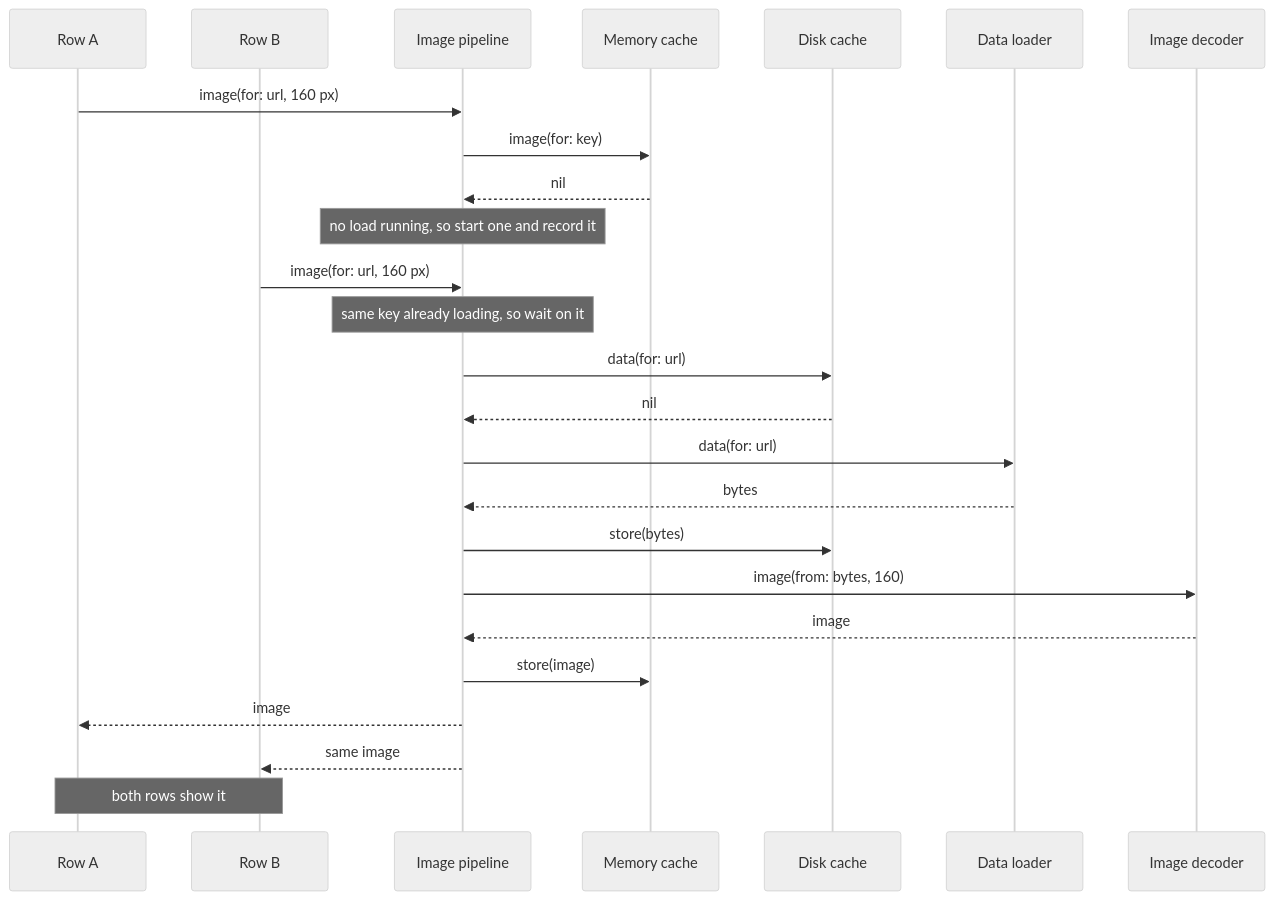
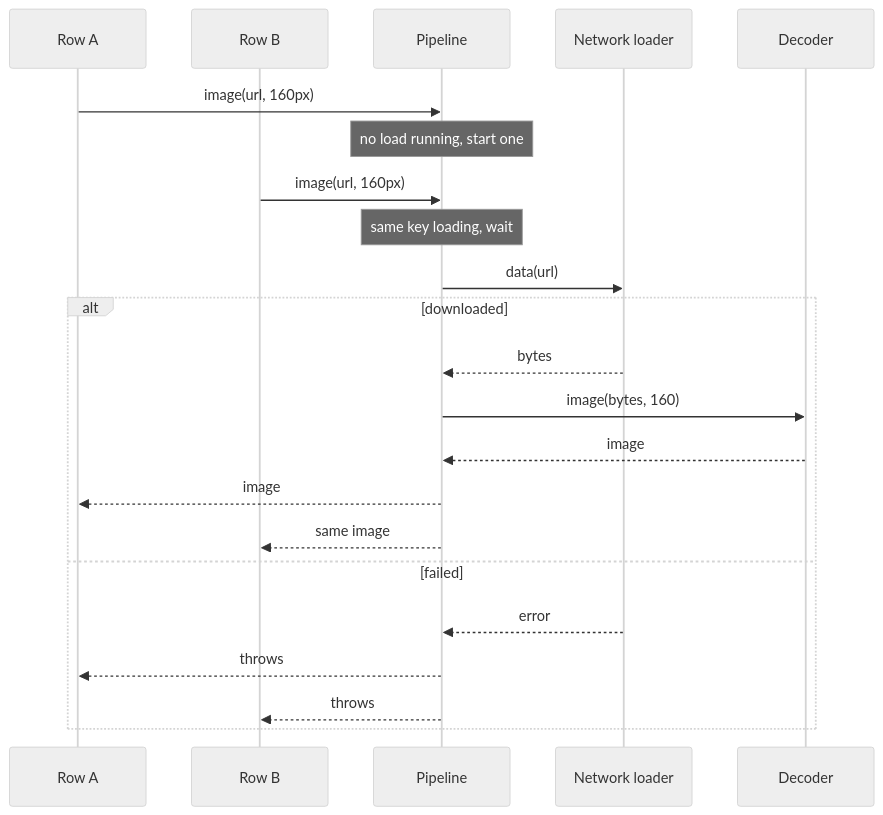
Before and after one commit to rezabina86/reference-desk: the second of 3 diagrams in topics/system-design/01-image-loading-and-caching-library.md, drawn with Mermaid (neutral theme). The commit also changed other lines of this file and 5 other files, not shown here.

````diff
--- a/topics/system-design/01-image-loading-and-caching-library.md
+++ b/topics/system-design/01-image-loading-and-caching-library.md
@@ -394,27 +306,24 @@
 ```mermaid
 sequenceDiagram
   participant A as Row A
   participant B as Row B
-  participant P as Image pipeline
-  participant M as Memory cache
-  participant D as Disk cache
-  participant L as Data loader
-  participant X as Image decoder
-  A->>P: image(for: url, 160 px)
-  P->>M: image(for: key)
-  M-->>P: nil
-  Note over P: no load running, so start one and record it
-  B->>P: image(for: url, 160 px)
-  Note over P: same key already loading, so wait on it
-  P->>D: data(for: url)
-  D-->>P: nil
-  P->>L: data(for: url)
-  L-->>P: bytes
-  P->>D: store(bytes)
-  P->>X: image(from: bytes, 160)
-  X-->>P: image
-  P->>M: store(image)
-  P-->>A: image
-  P-->>B: same image
-  Note over A,B: both rows show it
+  participant P as Pipeline
+  participant L as Network loader
+  participant X as Decoder
+  A->>P: image(url, 160px)
+  Note over P: no load running, start one
+  B->>P: image(url, 160px)
+  Note over P: same key loading, wait
+  P->>L: data(url)
+  alt downloaded
+    L-->>P: bytes
+    P->>X: image(bytes, 160)
+    X-->>P: image
+    P-->>A: image
+    P-->>B: same image
+  else failed
+    L-->>P: error
+    P-->>A: throws
+    P-->>B: throws
+  end
 ```
````
